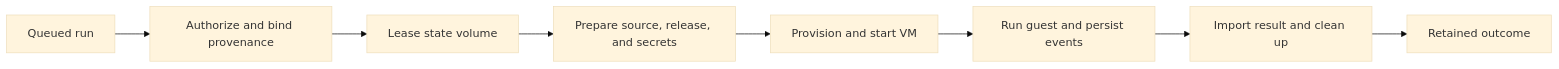
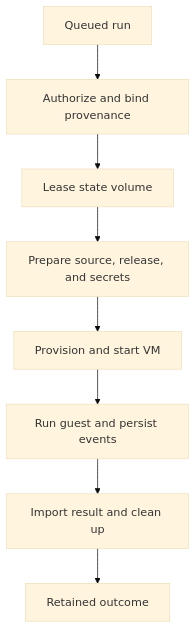
One commit to wimpheling/hephaestus changed the diagram in crates/heph-core/runtime/README.md. Above: the diagram before and after it, drawn with Mermaid (base theme). The commit also changed 13 other files, not shown here.

Commit message:
Make guide flowcharts fit the article

````diff
--- a/crates/heph-core/runtime/README.md
+++ b/crates/heph-core/runtime/README.md
@@ -19,10 +19,10 @@
 ```mermaid
-flowchart LR
+flowchart TD
   A[Queued run] --> B[Authorize and bind provenance]
   B --> C[Lease state volume]
   C --> D[Prepare source, release, and secrets]
   D --> E[Provision and start VM]
   E --> F[Run guest and persist events]
   F --> G[Import result and clean up]
   G --> H[Retained outcome]
 ```
````
